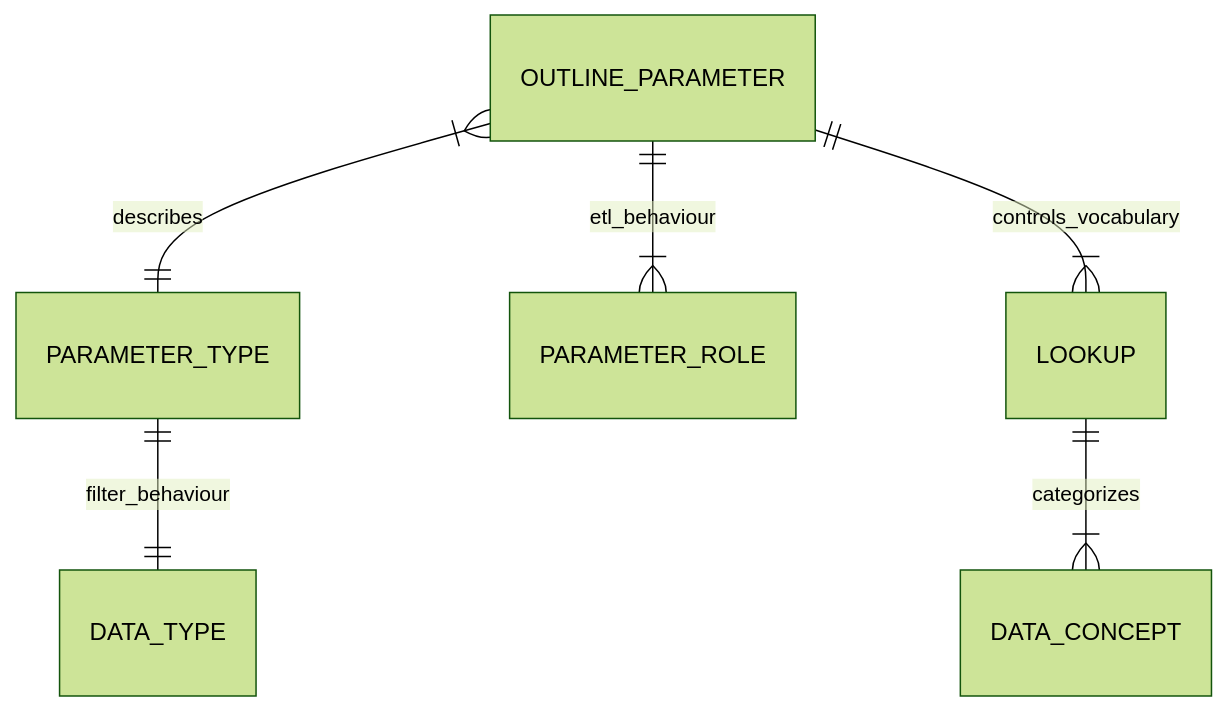
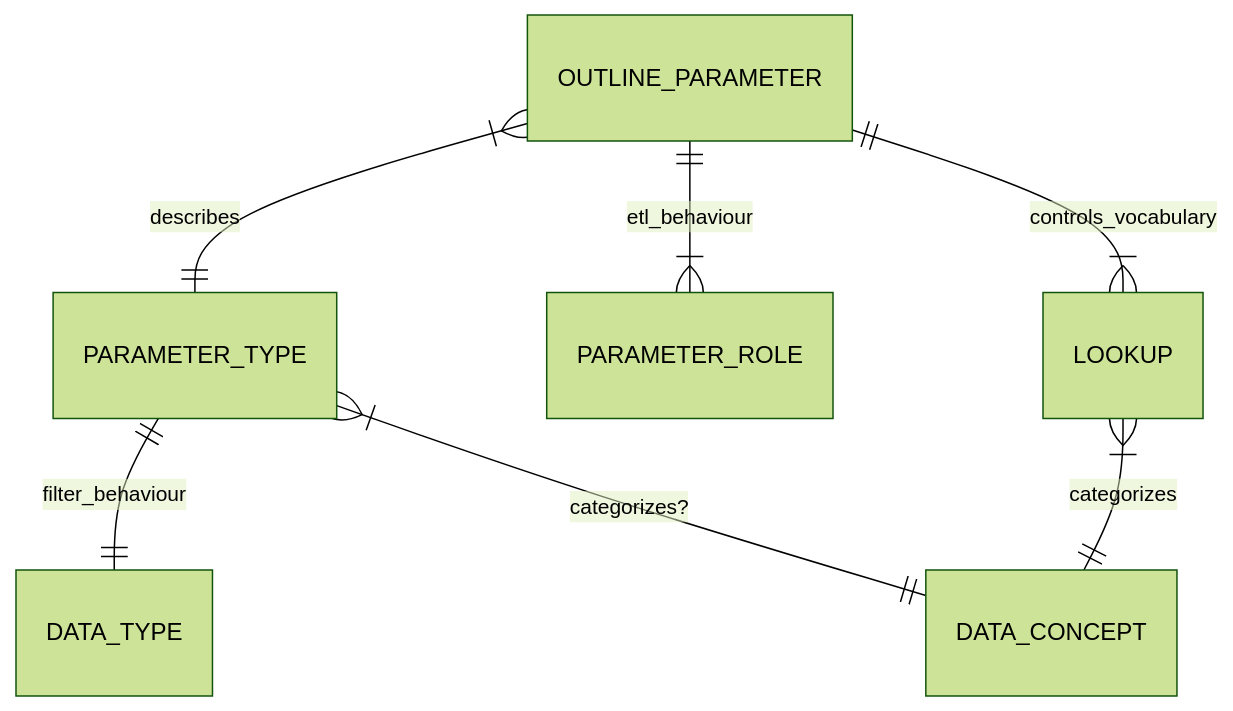
The diagram in Catalog/CatalogERD.md (cmillsedge/Requirements), drawn with Mermaid (forest theme) before and after one commit. The commit also changed 1 other file, not shown here.

Commit message:
Changes to ERD

````diff
--- a/Catalog/CatalogERD.md
+++ b/Catalog/CatalogERD.md
@@ -1,8 +1,9 @@
 ```mermaid
 erDiagram
     OUTLINE_PARAMETER }|--|| PARAMETER_TYPE : describes
     PARAMETER_TYPE ||--|| DATA_TYPE : filter_behaviour
     OUTLINE_PARAMETER ||--|{ PARAMETER_ROLE: etl_behaviour
     OUTLINE_PARAMETER ||--|{ LOOKUP: controls_vocabulary
-    LOOKUP ||--|{ DATA_CONCEPT: categorizes    
+    LOOKUP }|--|| DATA_CONCEPT: "categorizes"
+    PARAMETER_TYPE }|--|| DATA_CONCEPT: "categorizes?" 
 ```
````
